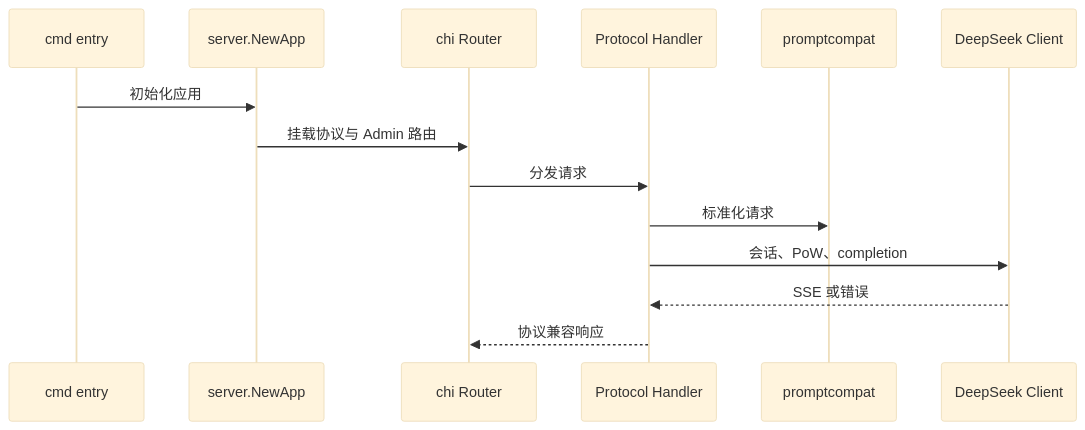
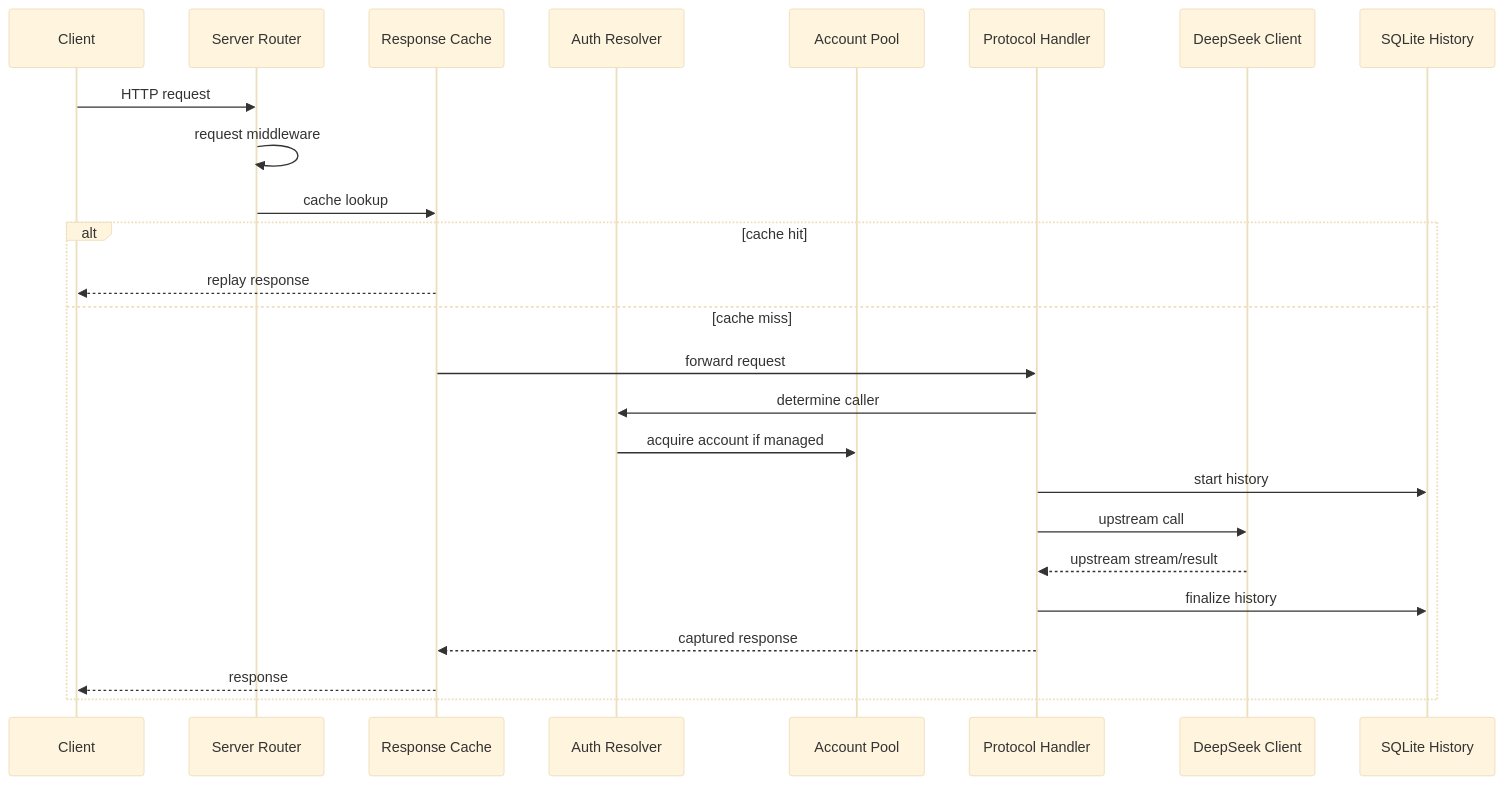
Before and after one commit to marklove5102/DeepSeek_Web_To_API: the second of 2 diagrams in docs/Architecture Design/Architecture Design.md, drawn with Mermaid (base theme). The commit also changed other lines of this file and 27 other files, not shown here.

````diff
--- a/docs/Architecture Design/Architecture Design.md
+++ b/docs/Architecture Design/Architecture Design.md
@@ -94,16 +100,27 @@
 ```mermaid
 sequenceDiagram
-participant Main as cmd entry
-participant Server as server.NewApp
-participant Router as chi Router
-participant Handler as Protocol Handler
-participant Compat as promptcompat
+participant C as Client
+participant S as Server Router
+participant Cache as Response Cache
+participant Auth as Auth Resolver
+participant Pool as Account Pool
+participant H as Protocol Handler
 participant DS as DeepSeek Client
-Main->>Server: 初始化应用
-Server->>Router: 挂载协议与 Admin 路由
-Router->>Handler: 分发请求
-Handler->>Compat: 标准化请求
-Handler->>DS: 会话、PoW、completion
-DS-->>Handler: SSE 或错误
-Handler-->>Router: 协议兼容响应
+participant Hist as SQLite History
+C->>S: HTTP request
+S->>S: request middleware
+S->>Cache: cache lookup
+alt cache hit
+Cache-->>C: replay response
+else cache miss
+Cache->>H: forward request
+H->>Auth: determine caller
+Auth->>Pool: acquire account if managed
+H->>Hist: start history
+H->>DS: upstream call
+DS-->>H: upstream stream/result
+H->>Hist: finalize history
+H-->>Cache: captured response
+Cache-->>C: response
+end
 ```
````
